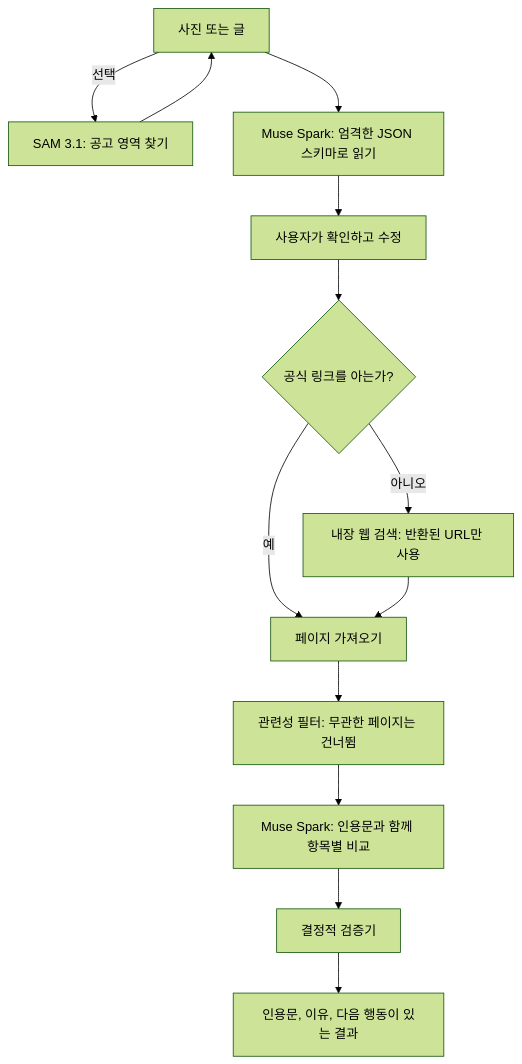
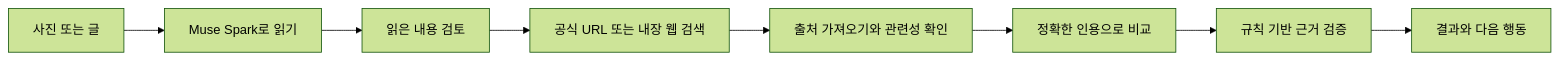
The diagram in README.ko.md (ZOOGOM/stillvalid), drawn with Mermaid (forest theme) before and after one commit. The commit also changed other lines of this file and 22 other files, not shown here.

````diff
--- a/README.ko.md
+++ b/README.ko.md
@@ -133,15 +91,10 @@
 ```mermaid
-flowchart TD
-  A[사진 또는 글] -->|선택| S[SAM 3.1: 공고 영역 찾기]
-  S --> A
-  A --> E[Muse Spark: 엄격한 JSON 스키마로 읽기]
-  E --> R[사용자가 확인하고 수정]
-  R --> L{공식 링크를 아는가?}
-  L -->|예| F[페이지 가져오기]
-  L -->|아니오| W[내장 웹 검색: 반환된 URL만 사용]
-  W --> F
-  F --> Q[관련성 필터: 무관한 페이지는 건너뜀]
-  Q --> C[Muse Spark: 인용문과 함께 항목별 비교]
-  C --> V[결정적 검증기]
-  V --> O[인용문, 이유, 다음 행동이 있는 결과]
+flowchart LR
+  A[사진 또는 글] --> B[Muse Spark로 읽기]
+  B --> C[읽은 내용 검토]
+  C --> D[공식 URL 또는 내장 웹 검색]
+  D --> E[출처 가져오기와 관련성 확인]
+  E --> F[정확한 인용으로 비교]
+  F --> G[규칙 기반 근거 검증]
+  G --> H[결과와 다음 행동]
 ```
````
